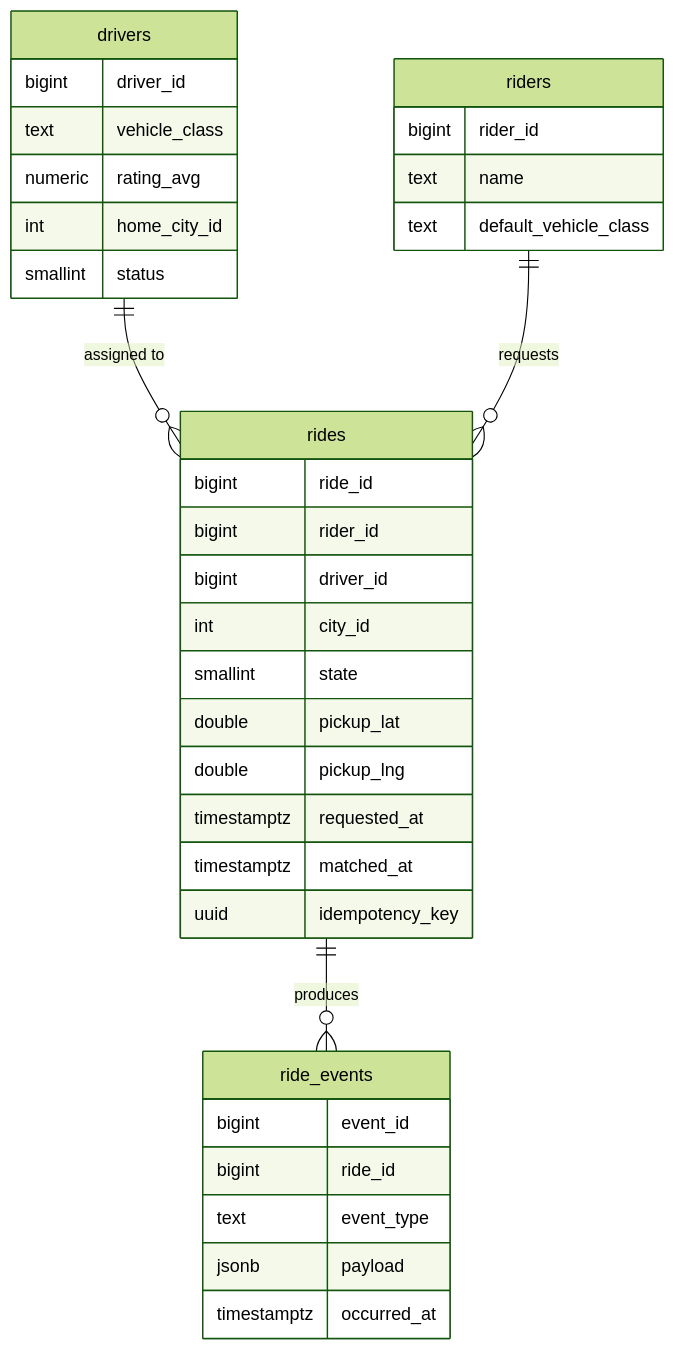
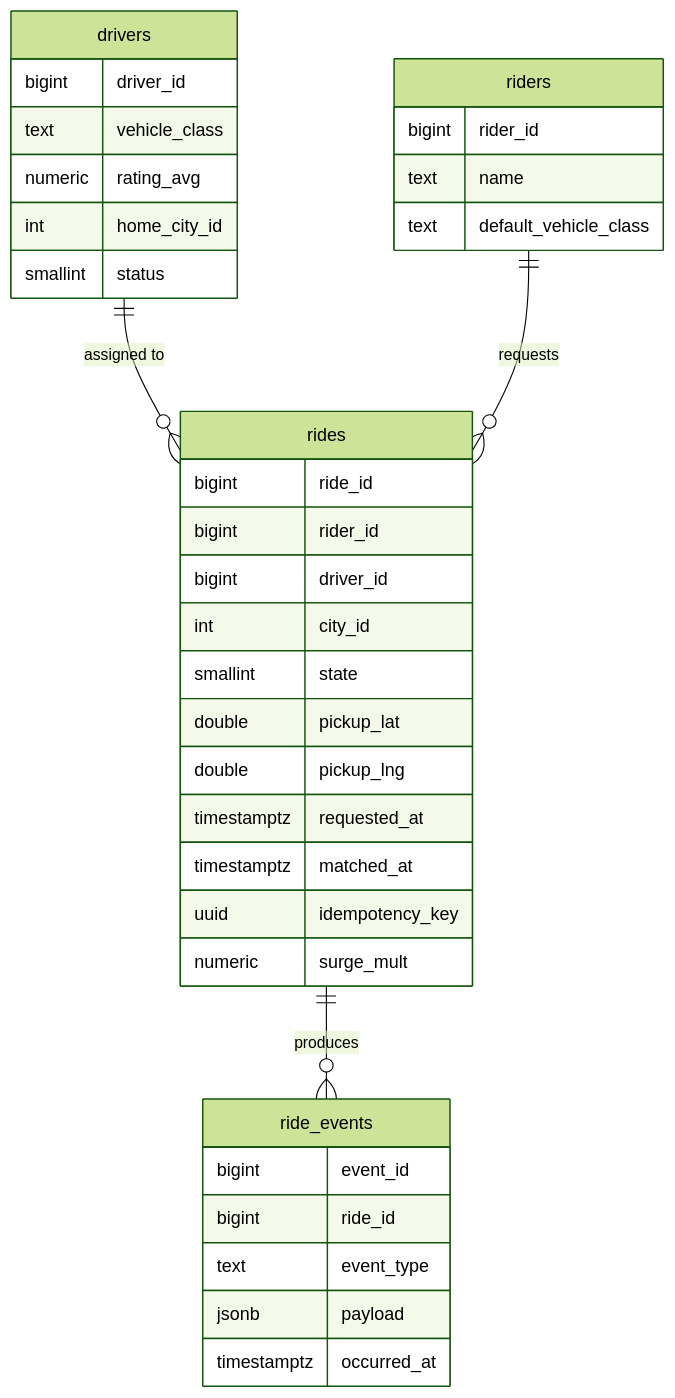
Before and after one commit to shiningflash/system-design: the first of 5 diagrams in problems/007-ride-sharing/solution.md, drawn with Mermaid (forest theme). The commit also changed other lines of this file and 37 other files, not shown here.

````diff
--- a/problems/007-ride-sharing/solution.md
+++ b/problems/007-ride-sharing/solution.md
@@ -97,38 +95,39 @@
 ```mermaid
 erDiagram
     drivers ||--o{ rides : "assigned to"
     riders ||--o{ rides : "requests"
     rides ||--o{ ride_events : "produces"
 
     drivers {
         bigint driver_id
         text vehicle_class
         numeric rating_avg
         int home_city_id
         smallint status
     }
     riders {
         bigint rider_id
         text name
         text default_vehicle_class
     }
     rides {
         bigint ride_id
         bigint rider_id
         bigint driver_id
         int city_id
         smallint state
         double pickup_lat
         double pickup_lng
         timestamptz requested_at
         timestamptz matched_at
         uuid idempotency_key
+        numeric surge_mult
     }
     ride_events {
         bigint event_id
         bigint ride_id
         text event_type
         jsonb payload
         timestamptz occurred_at
     }
 ```
````
